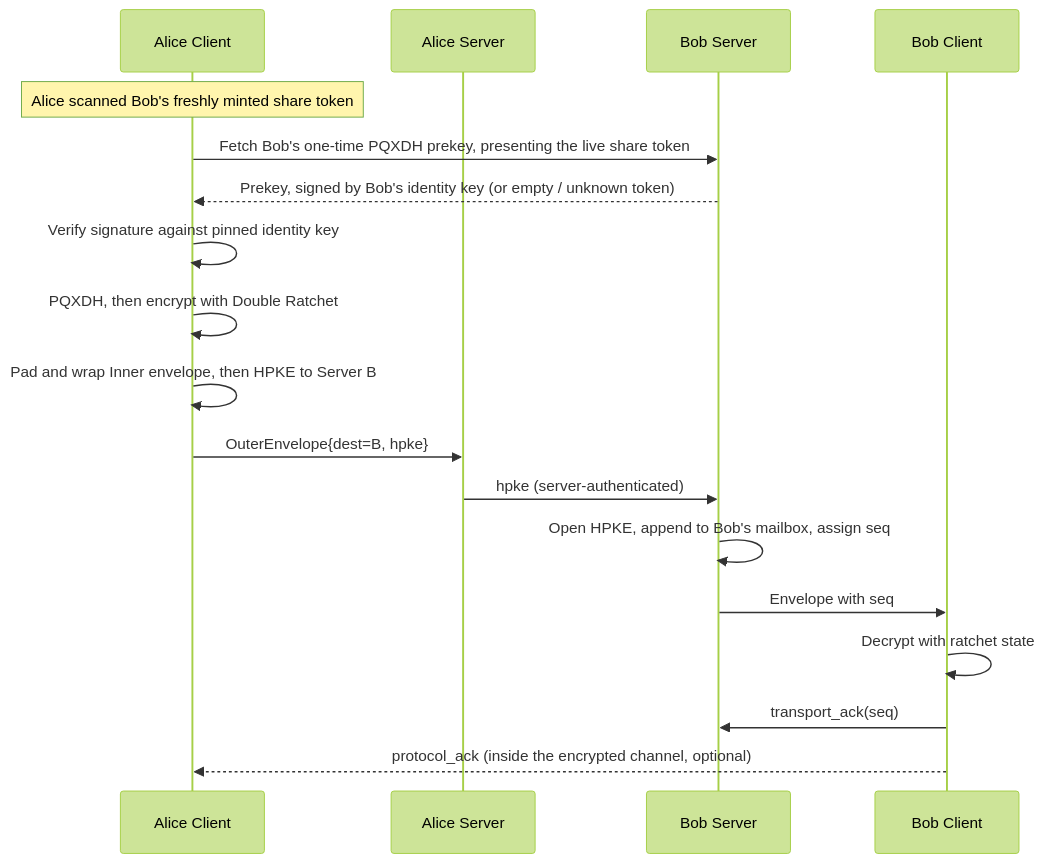
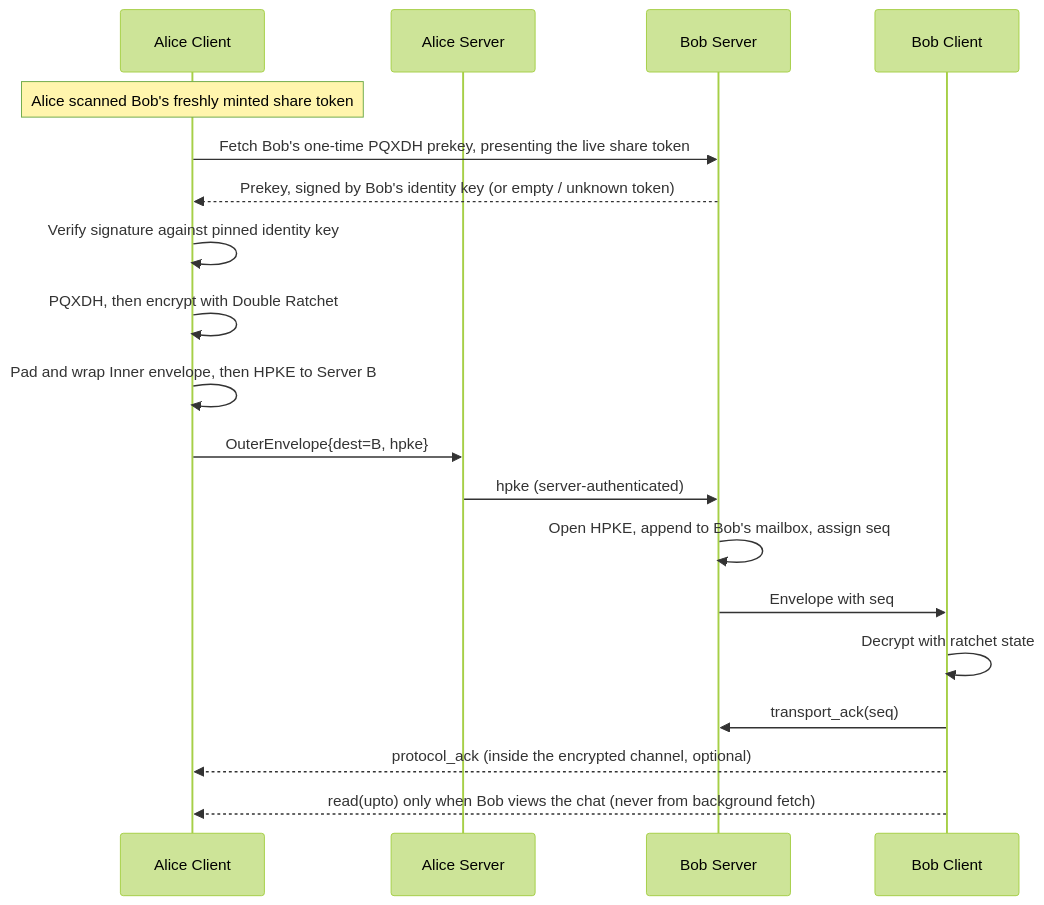
The second of 7 diagrams in README.md (martinmkhitaryan/nemo-messenger), drawn with Mermaid (forest theme) before and after one commit. The commit also changed other lines of this file and 14 other files, not shown here.

````diff
--- a/README.md
+++ b/README.md
@@ -2441,25 +2447,26 @@
 ```mermaid
 sequenceDiagram
     participant A as Alice Client
     participant SA as Alice Server
     participant SB as Bob Server
     participant B as Bob Client
 
     Note over A: Alice scanned Bob's freshly minted share token
 
     A->>SB: Fetch Bob's one-time PQXDH prekey, presenting the live share token
     SB-->>A: Prekey, signed by Bob's identity key (or empty / unknown token)
 
     A->>A: Verify signature against pinned identity key
     A->>A: PQXDH, then encrypt with Double Ratchet
     A->>A: Pad and wrap Inner envelope, then HPKE to Server B
 
     A->>SA: OuterEnvelope{dest=B, hpke}
     SA->>SB: hpke (server-authenticated)
     SB->>SB: Open HPKE, append to Bob's mailbox, assign seq
     SB->>B: Envelope with seq
 
     B->>B: Decrypt with ratchet state
     B->>SB: transport_ack(seq)
     B-->>A: protocol_ack (inside the encrypted channel, optional)
+    B-->>A: read(upto) only when Bob views the chat (never from background fetch)
 ```
````
